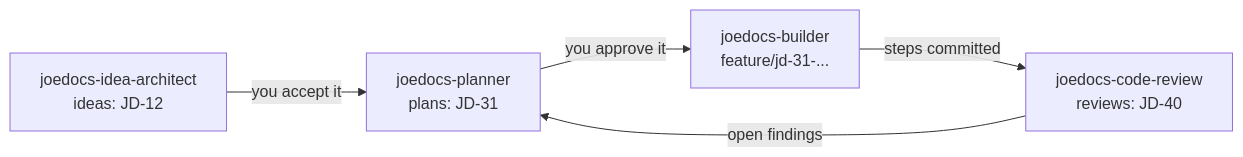
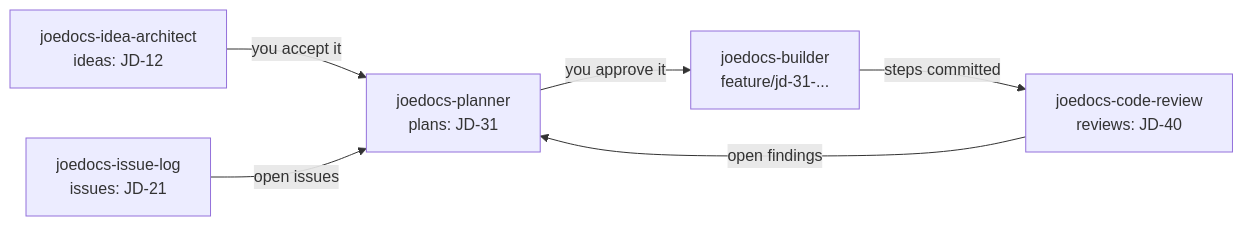
One commit to joelee/joedocs-mcp changed the diagram in docs/skills/README.md. Above: the diagram before and after it, drawn with Mermaid. The commit also changed other lines of this file and 15 other files, not shown here.

First line of the commit message:
JoeDocs 0.4.1: issue log, issue-aware planning and a search fix (#11)

````diff
--- a/docs/skills/README.md
+++ b/docs/skills/README.md
@@ -20,7 +21,8 @@
 ```mermaid
 flowchart LR
     I["joedocs-idea-architect<br/>ideas: JD-12"] -- "you accept it" --> P
     R["joedocs-code-review<br/>reviews: JD-40"] -- "open findings" --> P
+    L["joedocs-issue-log<br/>issues: JD-21"] -- "open issues" --> P
     P["joedocs-planner<br/>plans: JD-31"] -- "you approve it" --> B
     B["joedocs-builder<br/>feature/jd-31-..."] -- "steps committed" --> R
 ```
````
